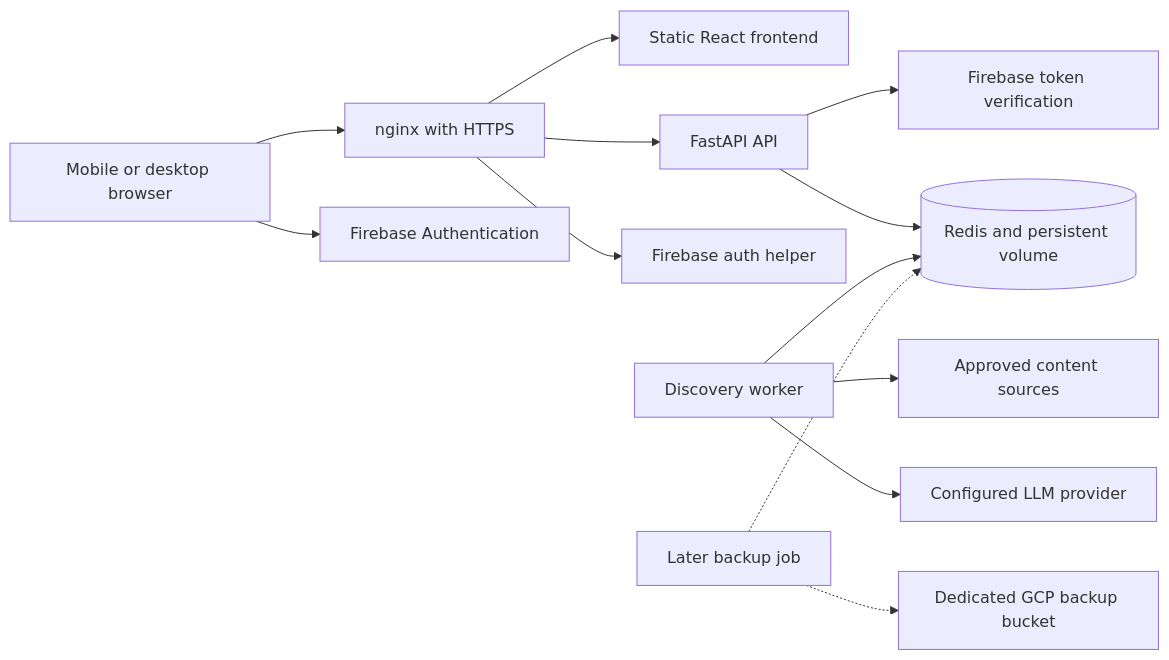
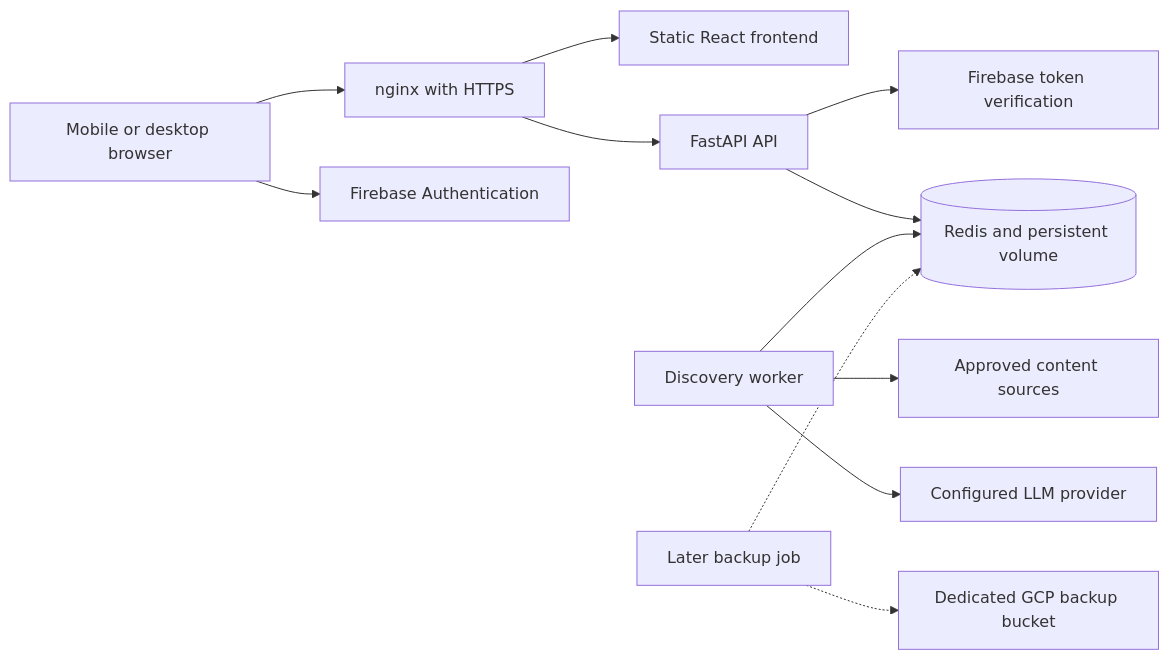
One commit to djvaroli/ataraxia changed the diagram in docs/architecture.md. Above: the diagram before and after it, drawn with Mermaid. The commit also changed other lines of this file, not shown here.

````diff
--- a/docs/architecture.md
+++ b/docs/architecture.md
@@ -33,15 +33,14 @@
 ```mermaid
 flowchart LR
     Phone[Mobile or desktop browser] --> Edge[nginx with HTTPS]
     Phone --> Auth[Firebase Authentication]
     Edge --> Frontend[Static React frontend]
     Edge --> API[FastAPI API]
-    Edge --> Helper[Firebase auth helper]
     API --> Verify[Firebase token verification]
     API --> Redis[(Redis and persistent volume)]
     Worker[Discovery worker] --> Redis
     Worker --> Sources[Approved content sources]
     Worker --> LLM[Configured LLM provider]
     Backup[Later backup job] -.-> Redis
     Backup -.-> GCS[Dedicated GCP backup bucket]
 ```
````
